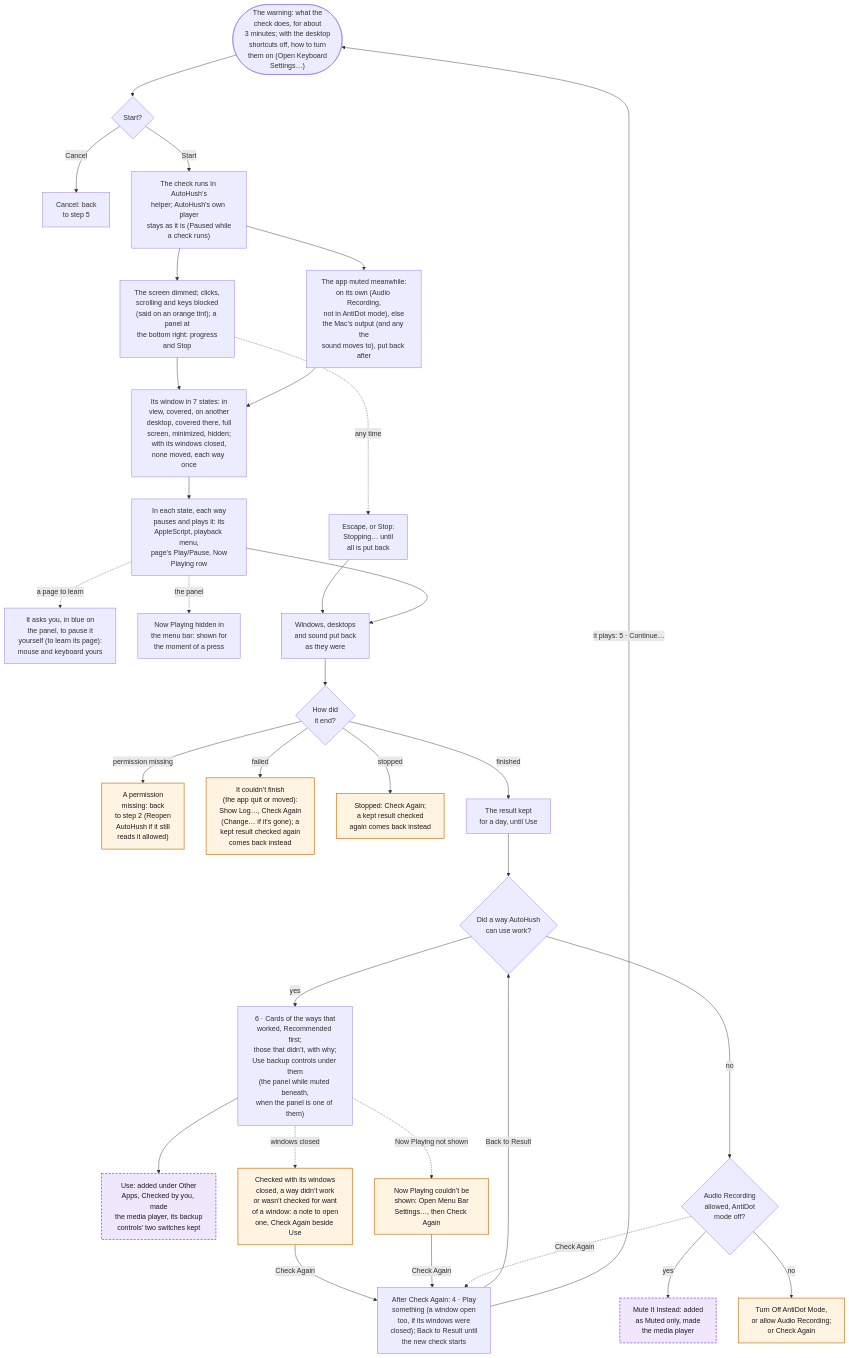
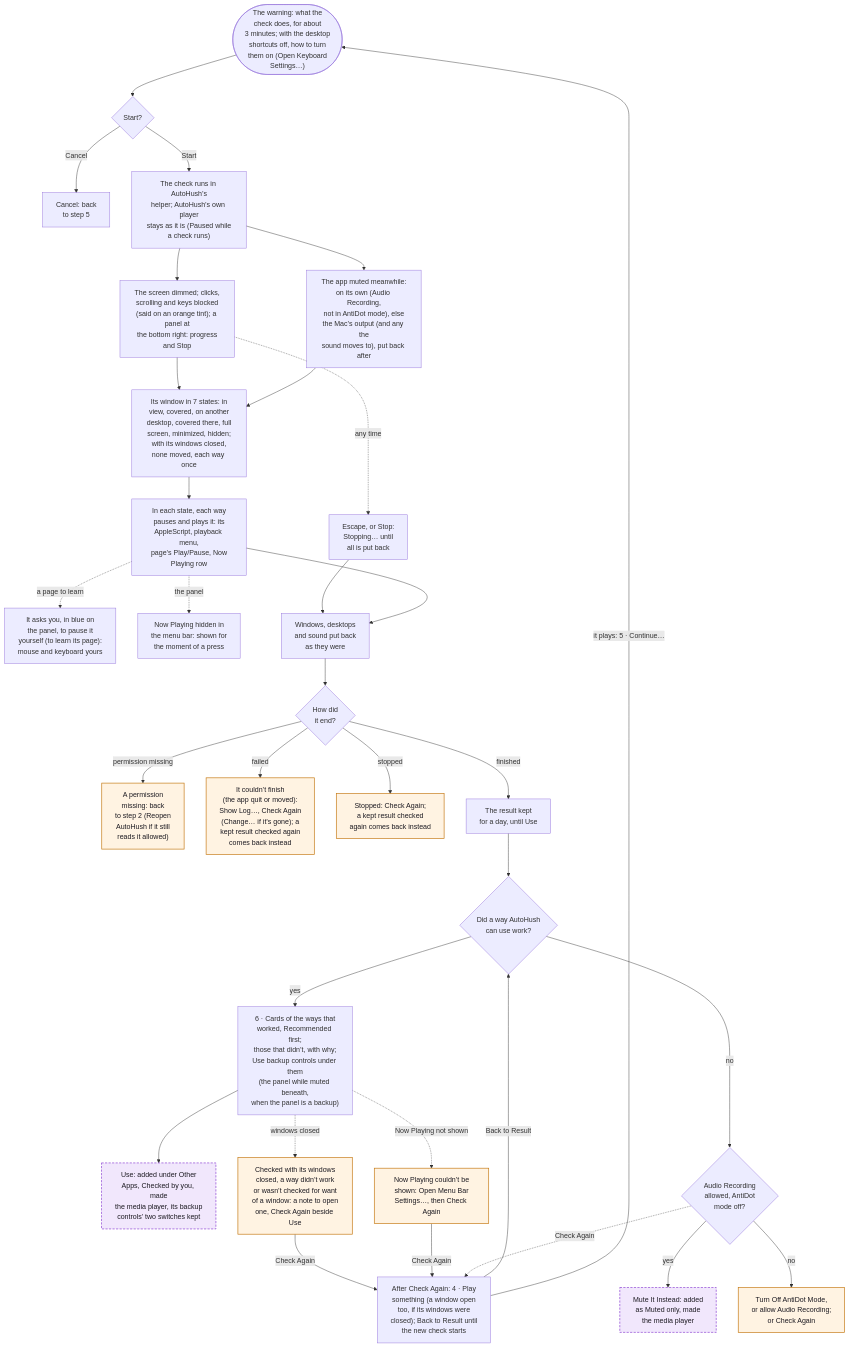
Before and after one commit to hfustercabre/AutoHush: the tenth of 14 diagrams in WORKFLOWS.md, drawn with Mermaid. The commit also changed other lines of this file and 13 other files, not shown here.

First line of the commit message:
fix: the panel's switch shows only while the Now Playing panel is a backup control

````diff
--- a/WORKFLOWS.md
+++ b/WORKFLOWS.md
@@ -555,64 +555,64 @@
 ```mermaid
 flowchart TD
   WARN(["The warning: what the<br/>check does, for about<br/>3 minutes; with the desktop<br/>shortcuts off, how to turn<br/>them on (Open Keyboard<br/>Settings…)"])
   GO{"Start?"}
   BACK["Cancel: back<br/>to step 5"]
   RUN["The check runs in AutoHush’s<br/>helper; AutoHush’s own player<br/>stays as it is (Paused while<br/>a check runs)"]
   BLOCK["The screen dimmed; clicks,<br/>scrolling and keys blocked<br/>(said on an orange tint); a panel at<br/>the bottom right: progress<br/>and Stop"]
   MUTE["The app muted meanwhile:<br/>on its own (Audio Recording,<br/>not in AntiDot mode), else<br/>the Mac’s output (and any the<br/>sound moves to), put back after"]
   STATES["Its window in 7 states: in<br/>view, covered, on another<br/>desktop, covered there, full<br/>screen, minimized, hidden;<br/>with its windows closed,<br/>none moved, each way once"]
   WAYS["In each state, each way<br/>pauses and plays it: its<br/>AppleScript, playback menu,<br/>page’s Play/Pause, Now<br/>Playing row"]
   ASK["It asks you, in blue on<br/>the panel, to pause it<br/>yourself (to learn its page):<br/>mouse and keyboard yours"]
   SHOW["Now Playing hidden in<br/>the menu bar: shown for<br/>the moment of a press"]
   STOP["Escape, or Stop:<br/>Stopping… until<br/>all is put back"]
   PUT["Windows, desktops<br/>and sound put back<br/>as they were"]
   HOW{"How did<br/>it end?"}
   PERM["A permission<br/>missing: back<br/>to step 2 (Reopen<br/>AutoHush if it still<br/>reads it allowed)"]
   FAIL["It couldn’t finish<br/>(the app quit or moved):<br/>Show Log…, Check Again<br/>(Change… if it’s gone); a<br/>kept result checked again<br/>comes back instead"]
   STOPPED["Stopped: Check Again;<br/>a kept result checked<br/>again comes back instead"]
   KEEP["The result kept<br/>for a day, until Use"]
   ANY{"Did a way AutoHush<br/>can use work?"}
-  CARDS["6 · Cards of the ways that<br/>worked, Recommended first;<br/>those that didn’t, with why;<br/>Use backup controls under them<br/>(the panel while muted beneath,<br/>when the panel is one of them)"]
+  CARDS["6 · Cards of the ways that<br/>worked, Recommended first;<br/>those that didn’t, with why;<br/>Use backup controls under them<br/>(the panel while muted beneath,<br/>when the panel is a backup)"]
   USE["Use: added under Other<br/>Apps, Checked by you, made<br/>the media player, its backup<br/>controls’ two switches kept"]
   NPH["Now Playing couldn’t be<br/>shown: Open Menu Bar<br/>Settings…, then Check Again"]
   CLW["Checked with its windows<br/>closed, a way didn’t work<br/>or wasn’t checked for want<br/>of a window: a note to open<br/>one, Check Again beside Use"]
   AGN["After Check Again: 4 · Play<br/>something (a window open<br/>too, if its windows were<br/>closed); Back to Result until<br/>the new check starts"]
   MUT{"Audio Recording<br/>allowed, AntiDot<br/>mode off?"}
   MII["Mute It Instead: added<br/>as Muted only, made<br/>the media player"]
   ANTI["Turn Off AntiDot Mode,<br/>or allow Audio Recording;<br/>or Check Again"]
 
   WARN --> GO
   GO -->|"Cancel"| BACK
   GO -->|"Start"| RUN
   RUN --> BLOCK
   RUN --> MUTE
   BLOCK --> STATES
   MUTE --> STATES
   STATES --> WAYS
   WAYS -.->|"a page to learn"| ASK
   WAYS -.->|"the panel"| SHOW
   BLOCK -.->|"any time"| STOP
   STOP --> PUT
   WAYS --> PUT
   PUT --> HOW
   HOW -->|"finished"| KEEP --> ANY
   HOW -->|"permission missing"| PERM
   HOW -->|"failed"| FAIL
   HOW -->|"stopped"| STOPPED
   ANY -->|"yes"| CARDS --> USE
   CARDS -.->|"Now Playing not shown"| NPH
   CARDS -.->|"windows closed"| CLW
   CLW -->|"Check Again"| AGN
   NPH -->|"Check Again"| AGN
   MUT -.->|"Check Again"| AGN
   AGN -->|"Back to Result"| ANY
   AGN -->|"it plays: 5 · Continue…"| WARN
   ANY -->|"no"| MUT
   MUT -->|"yes"| MII
   MUT -->|"no"| ANTI
 
   class USE,MII ref
   class FAIL,STOPPED,PERM,NPH,CLW,ANTI warn
   classDef ref fill:#f1e7fc,stroke:#8a3fd1,stroke-width:1.5px,stroke-dasharray: 5 3,color:#1d1b22
   classDef warn fill:#fff3e2,stroke:#c47812,stroke-width:1.5px,color:#1d1b22
 ```
````
